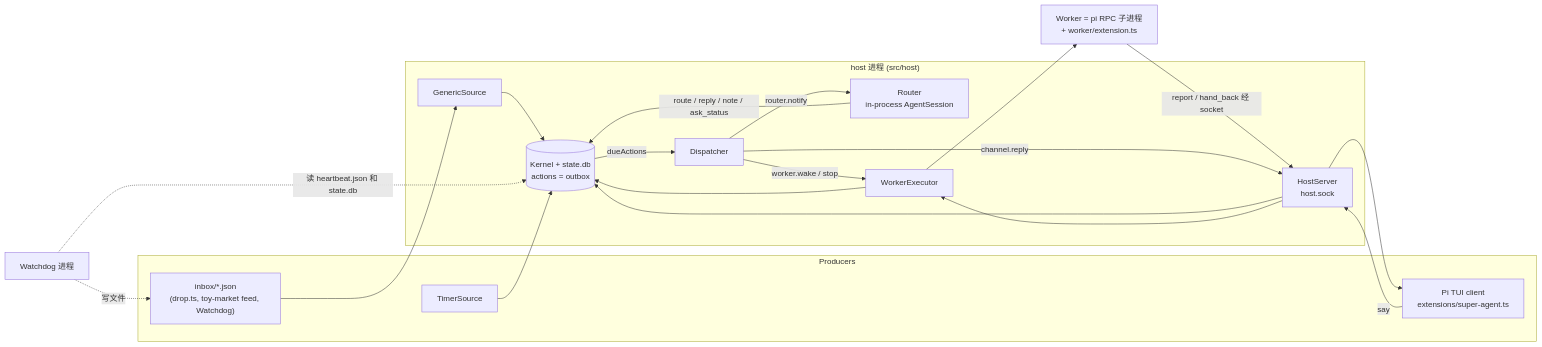
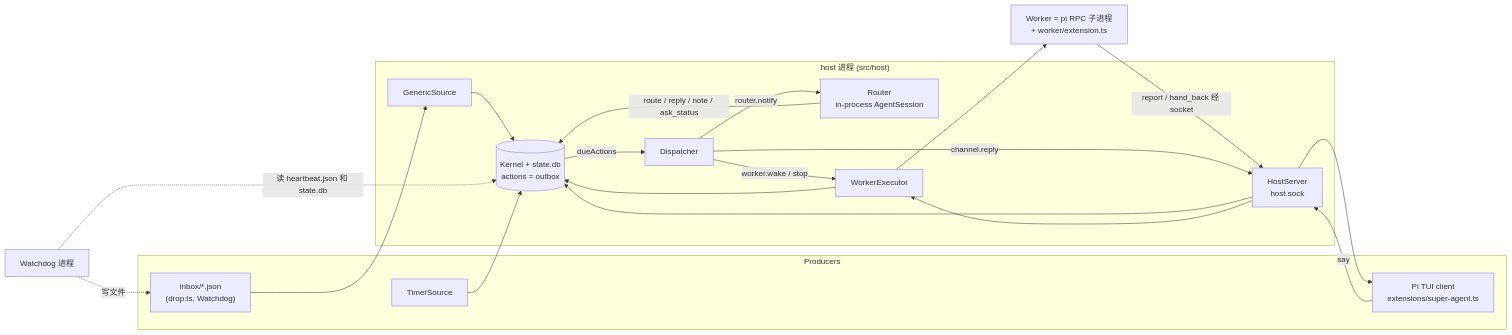
Before and after one commit to aicoder2048/pi-super-agent: the first of 2 diagrams in docs/pi-super-agent/how.md, drawn with Mermaid. The commit also changed other lines of this file and 19 other files, not shown here.

First line of the commit message:
refactor(modules): delete the toy-market demo module

````diff
--- a/docs/pi-super-agent/how.md
+++ b/docs/pi-super-agent/how.md
@@ -37,30 +37,30 @@
 ```mermaid
 flowchart LR
   subgraph Producers
-    Inbox["inbox/*.json<br/>(drop.ts, toy-market feed, Watchdog)"]
+    Inbox["inbox/*.json<br/>(drop.ts, Watchdog)"]
     Timer[TimerSource]
     Client["Pi TUI client<br/>extensions/super-agent.ts"]
   end
   subgraph Host["host 进程 (src/host)"]
     Generic[GenericSource]
     Server["HostServer<br/>host.sock"]
     Kernel[("Kernel + state.db<br/>actions = outbox")]
     Disp[Dispatcher]
     Router["Router<br/>in-process AgentSession"]
     Exec[WorkerExecutor]
   end
   Worker["Worker = pi RPC 子进程<br/>+ worker/extension.ts"]
   WD["Watchdog 进程"]
 
   Inbox --> Generic --> Kernel
   Timer --> Kernel
   Client -- say --> Server --> Kernel
   Kernel -- dueActions --> Disp
   Disp -- router.notify --> Router
   Router -- "route / reply / note / ask_status" --> Kernel
   Disp -- "worker.wake / stop" --> Exec --> Worker
   Worker -- "report / hand_back 经 socket" --> Server --> Exec --> Kernel
   Disp -- channel.reply --> Server --> Client
   WD -. "读 heartbeat.json 和 state.db" .-> Kernel
   WD -. "写文件" .-> Inbox
 ```
````
